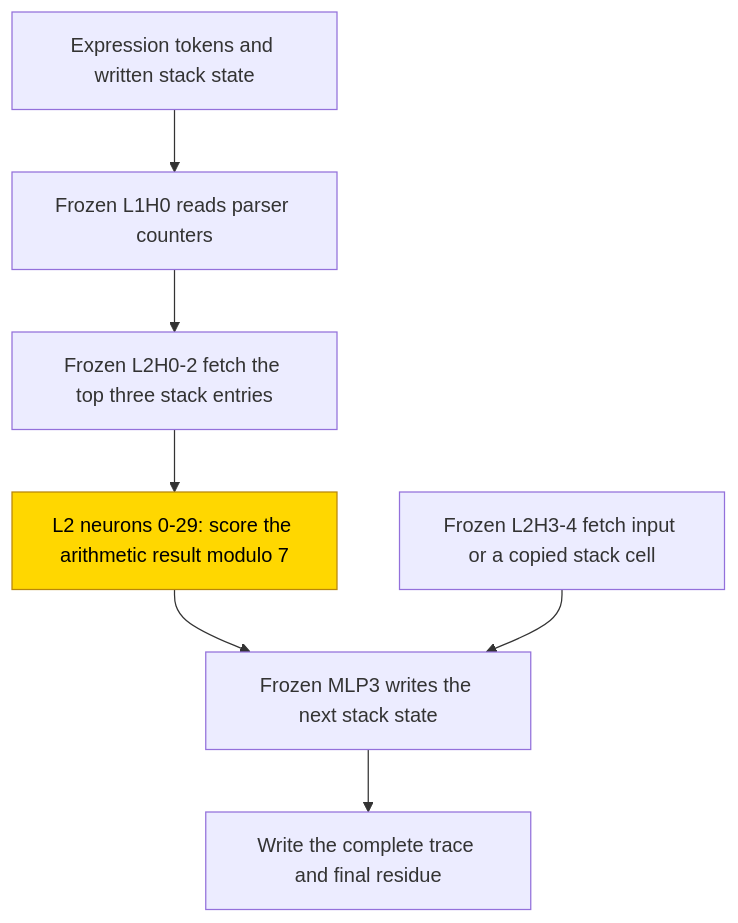
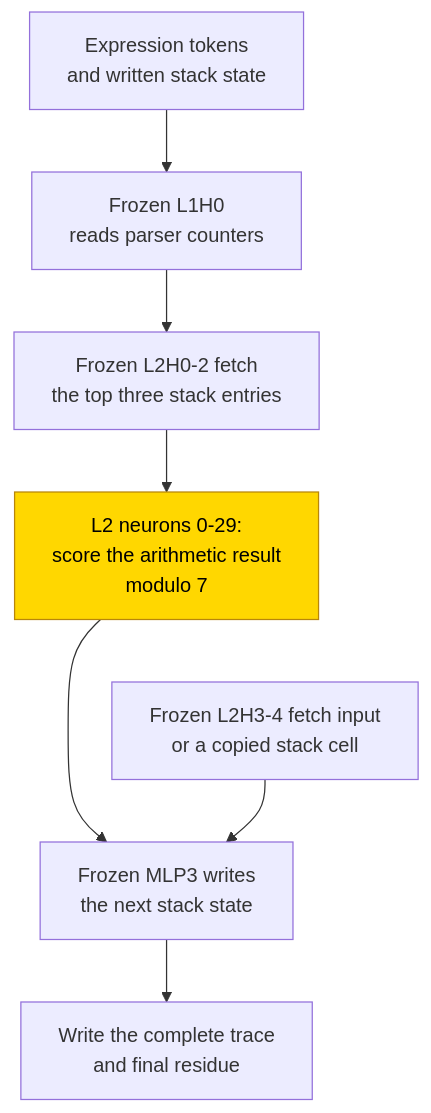
The first of 2 diagrams in entries/nested-expressions-mod-7.md (jc1122/mechanistic-interpretability-circuit-atlas), drawn with Mermaid before and after one commit. The commit also changed other lines of this file and 40 other files, not shown here.

First line of the commit message:
Cold-reader pass on all 41 entries: reading routes, first-screen scopes, accessible diagrams, verified headline sources (ux_reader1/2)

````diff
--- a/entries/nested-expressions-mod-7.md
+++ b/entries/nested-expressions-mod-7.md
@@ -67,11 +69,15 @@
 ```mermaid
 flowchart TD
-    P["Expression tokens and written stack state"] --> C["Frozen L1H0 reads parser counters"]
-    C --> F["Frozen L2H0-2 fetch the top three stack entries"]
-    F --> M["L2 neurons 0-29: score the arithmetic result modulo 7"]
-    M --> W["Frozen MLP3 writes the next stack state"]
-    I["Frozen L2H3-4 fetch input or a copied stack cell"] --> W
-    W --> Y["Write the complete trace and final residue"]
+    accTitle: Frozen stack parser with a trained arithmetic block
+    accDescr: Frozen counters and stack-entry readers supply the trained arithmetic block, then frozen routing writes the next stack state. Verification covers only the arithmetic block within the frozen parser, with no untouched test and small diagnostic and stress sets.
+    P["Expression tokens<br/>and written stack state"] --> C["Frozen L1H0<br/>reads parser counters"]
+    C --> F["Frozen L2H0-2 fetch<br/>the top three stack entries"]
+    F --> M["L2 neurons 0-29:<br/>score the arithmetic result<br/>modulo 7"]
+    M --> W["Frozen MLP3 writes<br/>the next stack state"]
+    I["Frozen L2H3-4 fetch input<br/>or a copied stack cell"] --> W
+    W --> Y["Write the complete trace<br/>and final residue"]
+    %% Invisible link stacks separate inputs; it is not a computational path.
+    M ~~~ I
     classDef trained fill:gold,stroke:darkgoldenrod,color:black
     class M trained
 ```
````
